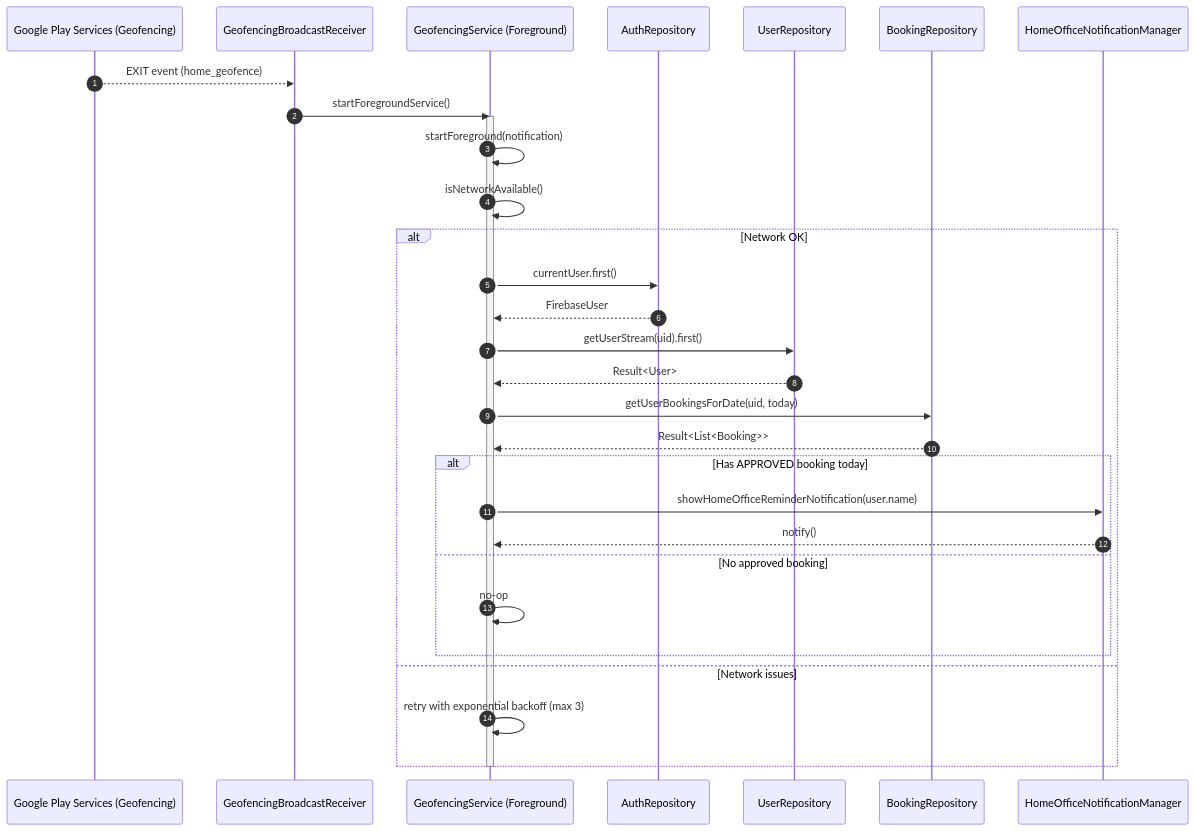
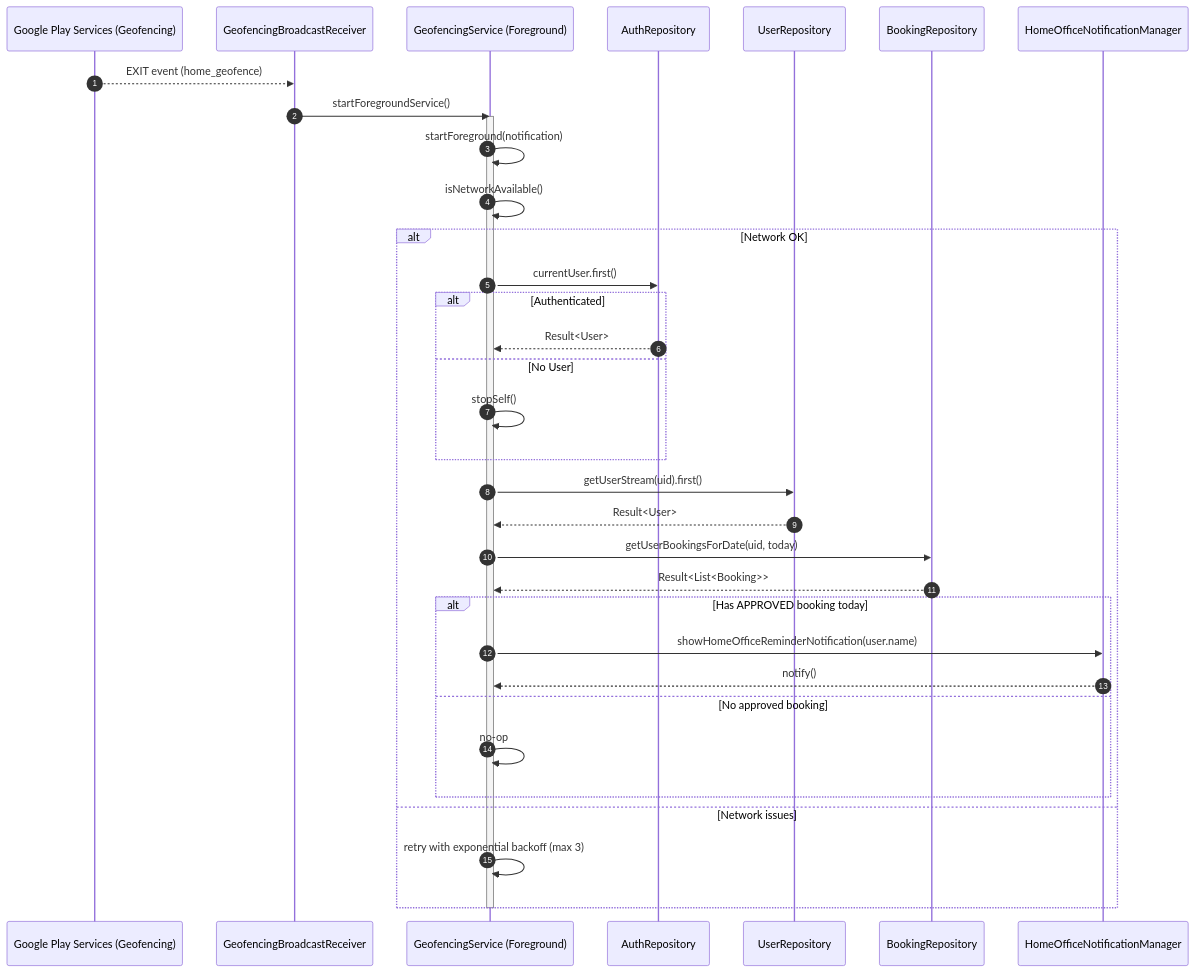
The fourth of 7 diagrams in docs/architecture.md (dapopovic/FlexiOffice), drawn with Mermaid before and after one commit. The commit also changed other lines of this file and 5 other files, not shown here.

Commit message:
Update sequence diagrams to reflect changes in application flow and notification processing

````diff
--- a/docs/architecture.md
+++ b/docs/architecture.md
@@ -121,34 +124,39 @@
 ```mermaid
+%% Sequence: Geofence Exit -> Reminder
 sequenceDiagram
   autonumber
   participant GPS as Google Play Services (Geofencing)
   participant BR as GeofencingBroadcastReceiver
   participant Svc as GeofencingService (Foreground)
   participant Auth as AuthRepository
   participant User as UserRepository
   participant Book as BookingRepository
   participant Noti as HomeOfficeNotificationManager
 
   GPS-->>BR: EXIT event (home_geofence)
   BR->>Svc: startForegroundService()
   activate Svc
   Svc->>Svc: startForeground(notification)
   Svc->>Svc: isNetworkAvailable()
   alt Network OK
     Svc->>Auth: currentUser.first()
-    Auth-->>Svc: FirebaseUser
+    alt Authenticated
+      Auth-->>Svc: Result<User>
+    else No User
+      Svc->>Svc: stopSelf()
+    end
     Svc->>User: getUserStream(uid).first()
     User-->>Svc: Result<User>
     Svc->>Book: getUserBookingsForDate(uid, today)
     Book-->>Svc: Result<List<Booking>>
     alt Has APPROVED booking today
       Svc->>Noti: showHomeOfficeReminderNotification(user.name)
       Noti-->>Svc: notify()
     else No approved booking
       Svc->>Svc: no-op
     end
   else Network issues
     Svc->>Svc: retry with exponential backoff (max 3)
   end
   deactivate Svc
 ```
````
